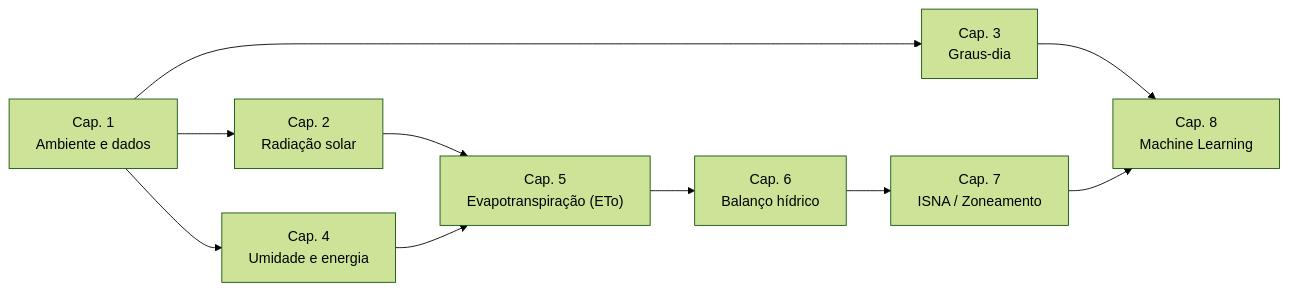
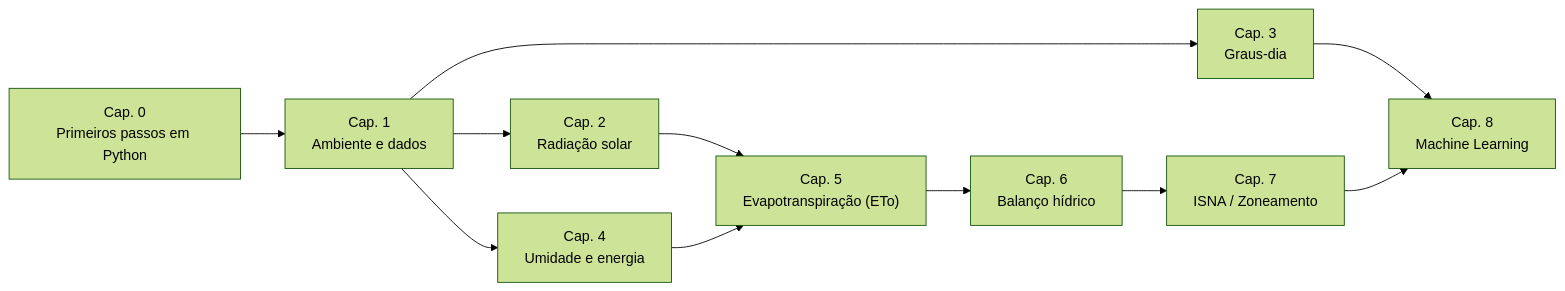
One commit to fcoliveira-utfpr/agrometeorologia changed the second of 2 diagrams in README.md. Above: the diagram before and after it, drawn with Mermaid (forest theme). The commit also changed other lines of this file and 1 other file, not shown here.

Commit message:
Documenta capitulo 0 (Primeiros passos em Python) no README e LEIAME

````diff
--- a/README.md
+++ b/README.md
@@ -266,12 +266,13 @@
 ```mermaid
 graph LR
-    C1["Cap. 1<br/>Ambiente e dados"] --> C2["Cap. 2<br/>Radiação solar"]
+    C0["Cap. 0<br/>Primeiros passos em Python"] --> C1["Cap. 1<br/>Ambiente e dados"]
+    C1 --> C2["Cap. 2<br/>Radiação solar"]
     C1 --> C3["Cap. 3<br/>Graus-dia"]
     C1 --> C4["Cap. 4<br/>Umidade e energia"]
     C2 --> C5["Cap. 5<br/>Evapotranspiração (ETo)"]
     C4 --> C5
     C5 --> C6["Cap. 6<br/>Balanço hídrico"]
     C6 --> C7["Cap. 7<br/>ISNA / Zoneamento"]
     C3 --> C8["Cap. 8<br/>Machine Learning"]
     C7 --> C8
 ```
````
